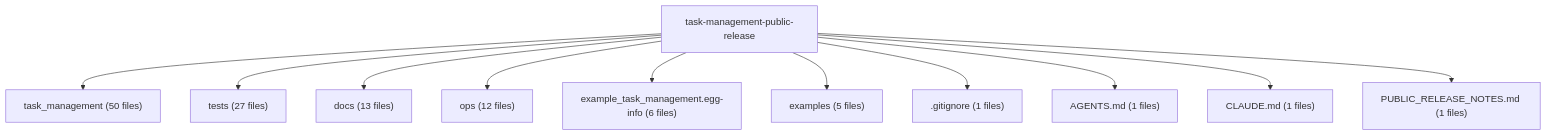
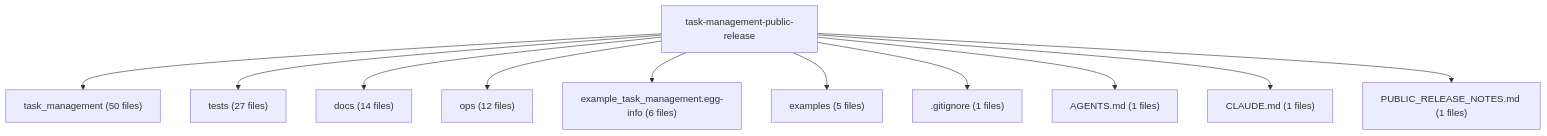
Before and after one commit to KOBIC-KBDS/task-management-clean-public: the diagram in docs/codeboarding/architecture.md, drawn with Mermaid. The commit also changed other lines of this file and 11 other files, not shown here.

````diff
--- a/docs/codeboarding/architecture.md
+++ b/docs/codeboarding/architecture.md
@@ -9,24 +9,24 @@
 ```mermaid
 flowchart TD
   repo["task-management-public-release"]
   module_task_management["task_management (50 files)"]
   repo --> module_task_management
   module_tests["tests (27 files)"]
   repo --> module_tests
-  module_docs["docs (13 files)"]
+  module_docs["docs (14 files)"]
   repo --> module_docs
   module_ops["ops (12 files)"]
   repo --> module_ops
   module_example_task_management_egg_info["example_task_management.egg-info (6 files)"]
   repo --> module_example_task_management_egg_info
   module_examples["examples (5 files)"]
   repo --> module_examples
   module_gitignore[".gitignore (1 files)"]
   repo --> module_gitignore
   module_AGENTS_md["AGENTS.md (1 files)"]
   repo --> module_AGENTS_md
   module_CLAUDE_md["CLAUDE.md (1 files)"]
   repo --> module_CLAUDE_md
   module_PUBLIC_RELEASE_NOTES_md["PUBLIC_RELEASE_NOTES.md (1 files)"]
   repo --> module_PUBLIC_RELEASE_NOTES_md
 ```
````
